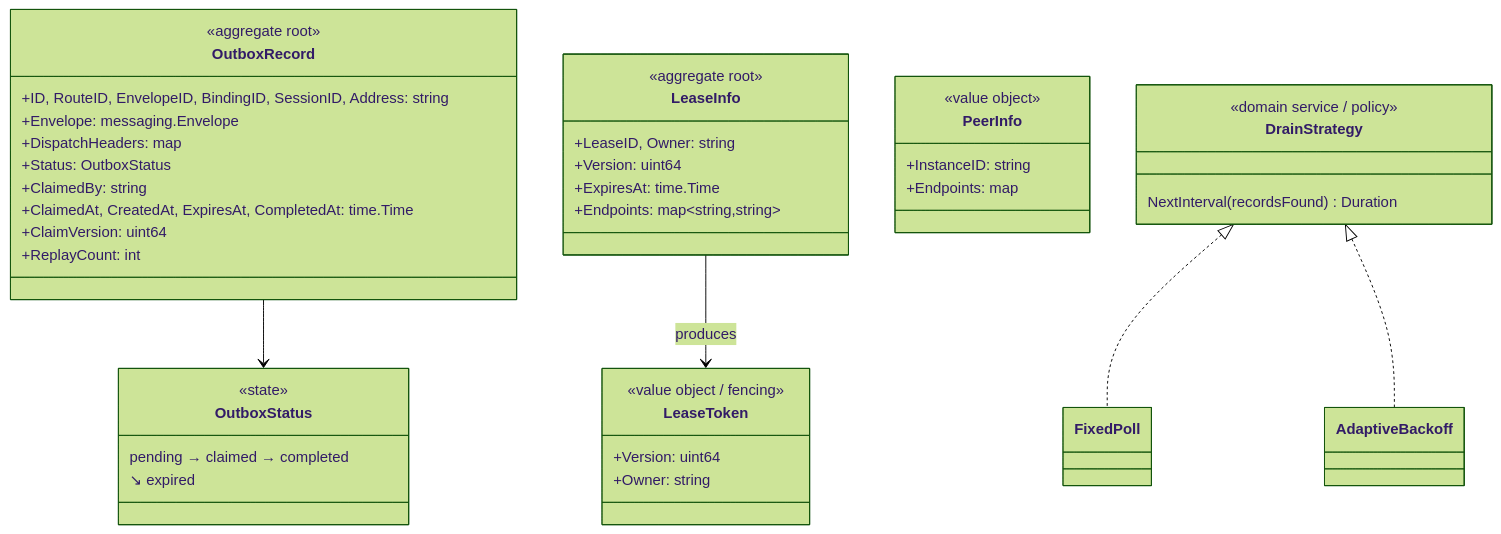
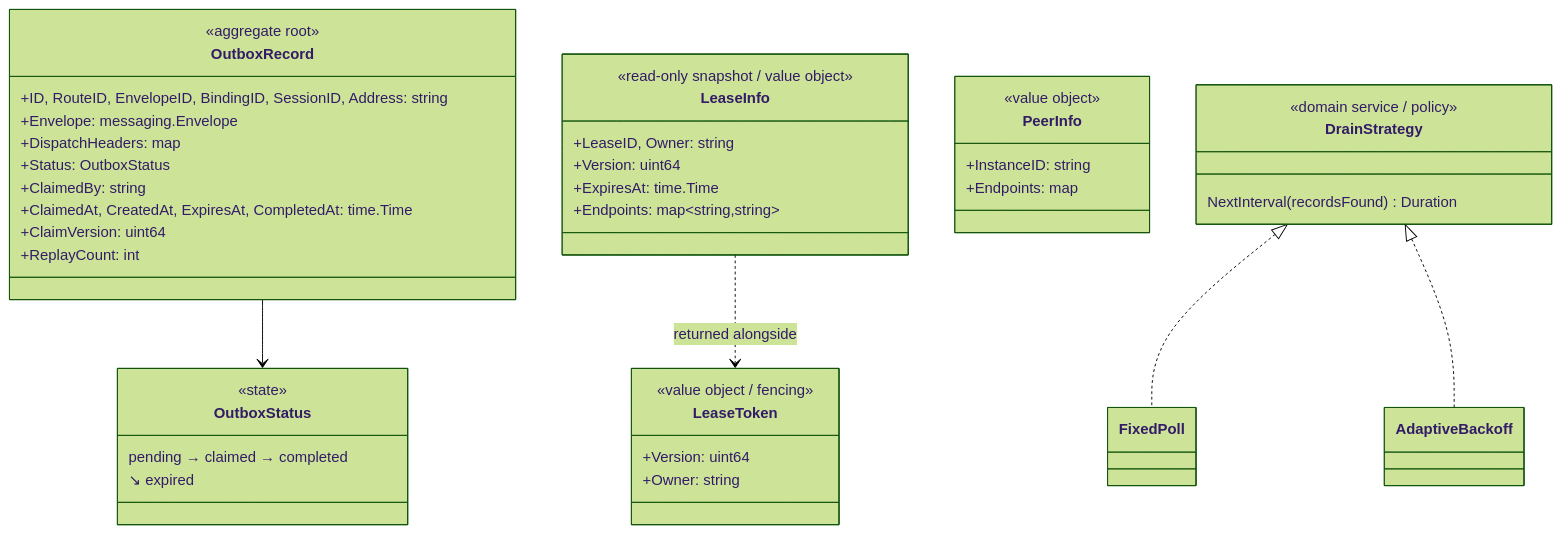
One commit to mariotoffia/gobridge changed the fourth of 9 diagrams in DDD.md. Above: the diagram before and after it, drawn with Mermaid (forest theme). The commit also changed other lines of this file and 407 other files, not shown here.

````diff
--- a/DDD.md
+++ b/DDD.md
@@ -156,46 +148,46 @@
 ```mermaid
 classDiagram
     class OutboxRecord {
         <<aggregate root>>
         +ID, RouteID, EnvelopeID, BindingID, SessionID, Address: string
         +Envelope: messaging.Envelope
         +DispatchHeaders: map
         +Status: OutboxStatus
         +ClaimedBy: string
         +ClaimedAt, CreatedAt, ExpiresAt, CompletedAt: time.Time
         +ClaimVersion: uint64
         +ReplayCount: int
     }
     class OutboxStatus {
         <<state>>
         pending → claimed → completed
                        ↘ expired
     }
     class LeaseInfo {
-        <<aggregate root>>
+        <<read-only snapshot / value object>>
         +LeaseID, Owner: string
         +Version: uint64
         +ExpiresAt: time.Time
         +Endpoints: map~string,string~
     }
     class LeaseToken {
         <<value object / fencing>>
         +Version: uint64
         +Owner: string
     }
     class PeerInfo {
         <<value object>>
         +InstanceID: string
         +Endpoints: map
     }
     class DrainStrategy {
         <<domain service / policy>>
         NextInterval(recordsFound) Duration
     }
     class FixedPoll
     class AdaptiveBackoff
     DrainStrategy <|.. FixedPoll
     DrainStrategy <|.. AdaptiveBackoff
     OutboxRecord --> OutboxStatus
-    LeaseInfo --> LeaseToken : produces
+    LeaseInfo ..> LeaseToken : returned alongside
 ```
````
